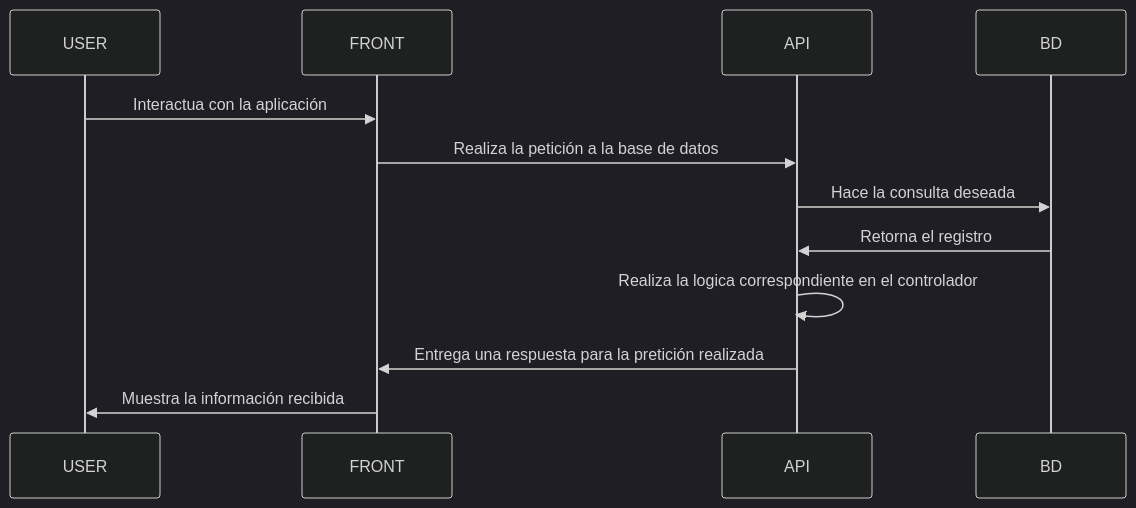
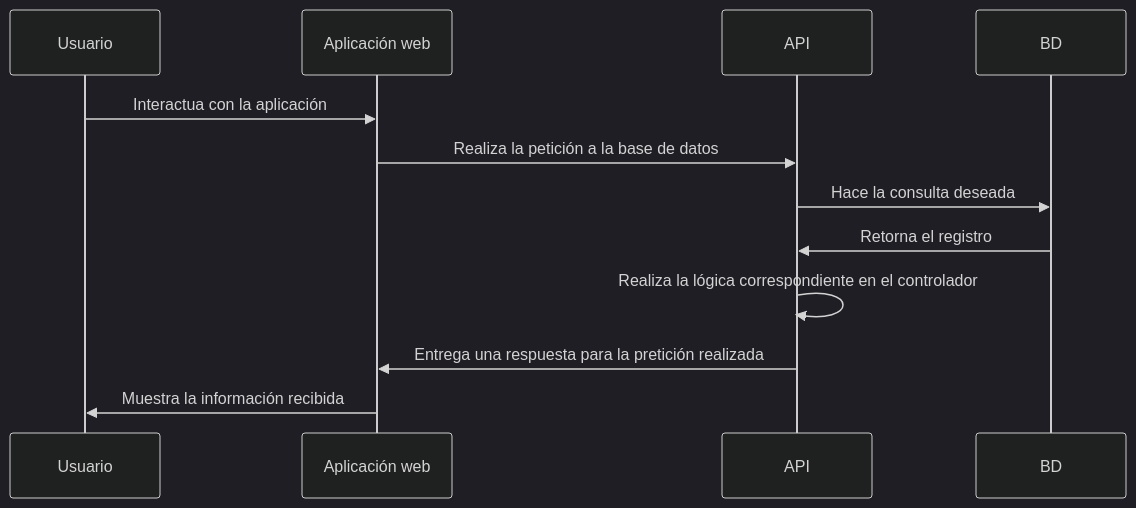
One commit to MarioMog/Ocean-AR changed the diagram in README.md. Above: the diagram before and after it, drawn with Mermaid (dark theme). The commit also changed other lines of this file, not shown here.

````diff
--- a/README.md
+++ b/README.md
@@ -16,14 +16,14 @@
 ```mermaid
 sequenceDiagram
-    participant USER
-    participant FRONT
+    participant USER as Usuario
+    participant FRONT as Aplicación web
     participant API
     participant BD
     USER->>FRONT: Interactua con la aplicación
     FRONT->>API: Realiza la petición a la base de datos
     API->>BD: Hace la consulta  deseada
     BD->>API: Retorna el registro
-    API->>API: Realiza la logica correspondiente en el controlador
+    API->>API: Realiza la lógica correspondiente en el controlador
     API->>FRONT: Entrega una respuesta para la pretición realizada
     FRONT->>USER: Muestra la información recibida
 ```
````
